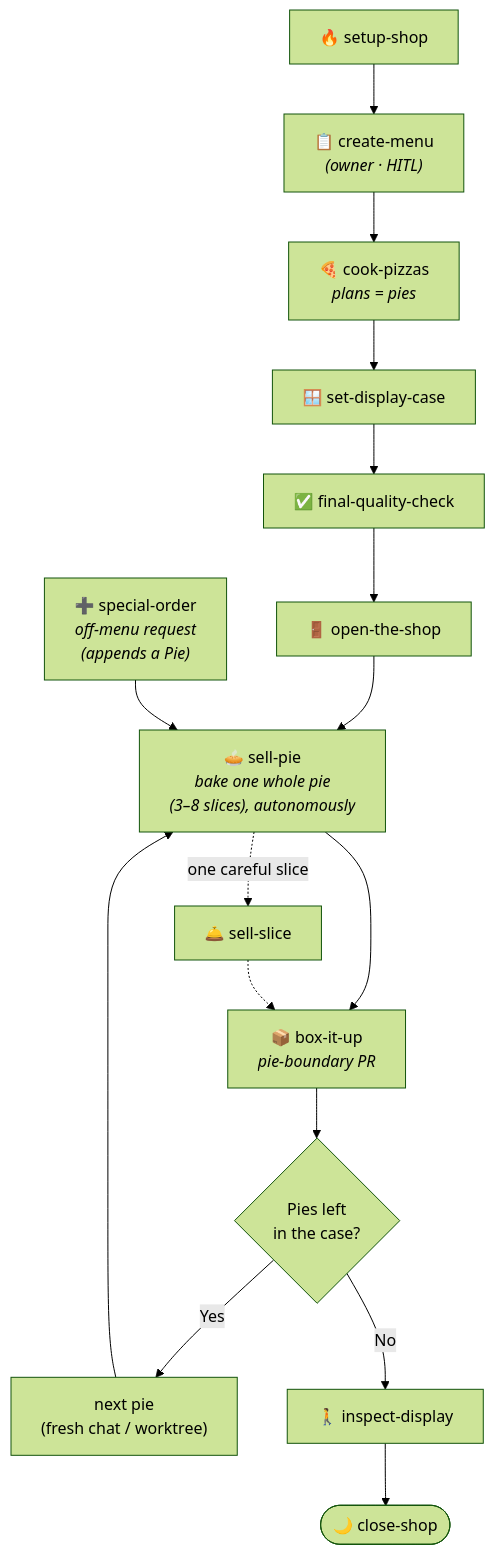
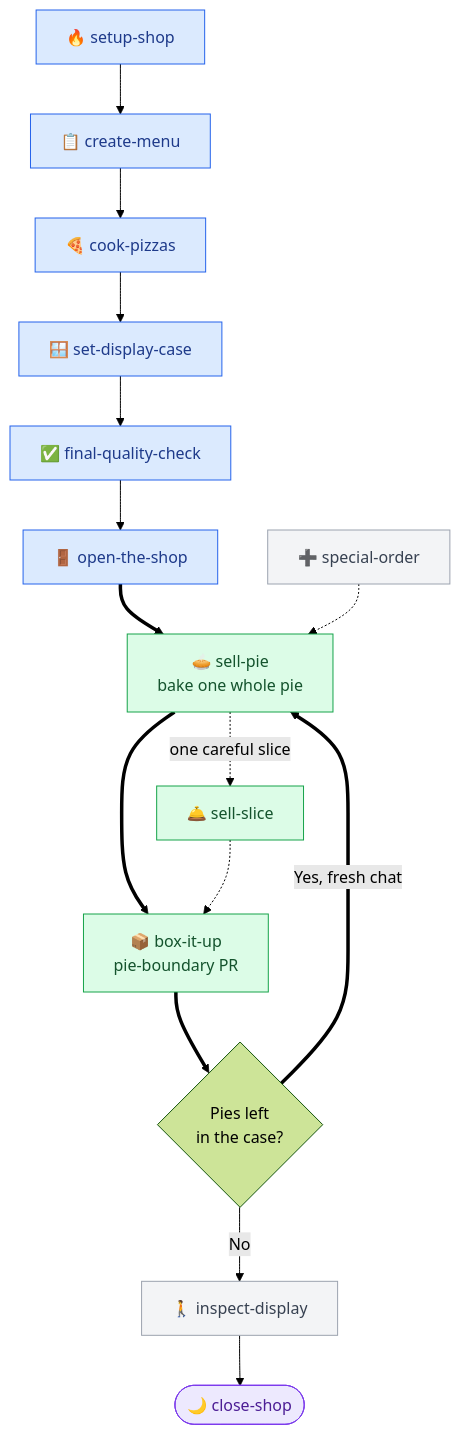
Before and after one commit to steve-piece/bytheslice: the diagram in README.md, drawn with Mermaid (forest theme). The commit also changed other lines of this file and 6 other files, not shown here.

First line of the commit message:
docs: slim README ~47% and split deep reference into docs/architecture.md

````diff
--- a/README.md
+++ b/README.md
@@ -215,18 +144,27 @@
 ```mermaid
 flowchart TD
-    Setup["🔥 setup-shop"] --> Menu["📋 create-menu<br/><i>(owner · HITL)</i>"]
-    Menu --> Cook["🍕 cook-pizzas<br/><i>plans = pies</i>"]
+    Setup["🔥 setup-shop"] --> Menu["📋 create-menu"]
+    Menu --> Cook["🍕 cook-pizzas"]
     Cook --> Case["🪟 set-display-case"]
     Case --> QC["✅ final-quality-check"]
     QC --> Open["🚪 open-the-shop"]
-    Open --> Pie["🥧 sell-pie<br/><i>bake one whole pie<br/>(3–8 slices), autonomously</i>"]
-    Special["➕ special-order<br/><i>off-menu request<br/>(appends a Pie)</i>"] --> Pie
+    Open ==> Pie["🥧 sell-pie<br/>bake one whole pie"]
+    Special["➕ special-order"] -.-> Pie
     Pie -.->|one careful slice| Sell["🛎️ sell-slice"]
-    Pie --> Box["📦 box-it-up<br/><i>pie-boundary PR</i>"]
+    Pie ==> Box["📦 box-it-up<br/>pie-boundary PR"]
     Sell -.-> Box
-    Box --> Q{"Pies left<br/>in the case?"}
-    Q -->|Yes| Next["next pie<br/>(fresh chat / worktree)"]
-    Next --> Pie
+    Box ==> Q{"Pies left<br/>in the case?"}
+    Q ==>|Yes, fresh chat| Pie
     Q -->|No| Inspect["🚶 inspect-display"]
     Inspect --> Close(["🌙 close-shop"])
+
+    classDef prep fill:#dbeafe,stroke:#2563eb,color:#1e3a8a;
+    classDef serve fill:#dcfce7,stroke:#16a34a,color:#14532d;
+    classDef side fill:#f3f4f6,stroke:#9ca3af,color:#374151;
+    classDef done fill:#ede9fe,stroke:#7c3aed,color:#4c1d95;
+
+    class Setup,Menu,Cook,Case,QC,Open prep;
+    class Pie,Sell,Box serve;
+    class Special,Inspect side;
+    class Close done;
 ```
````
